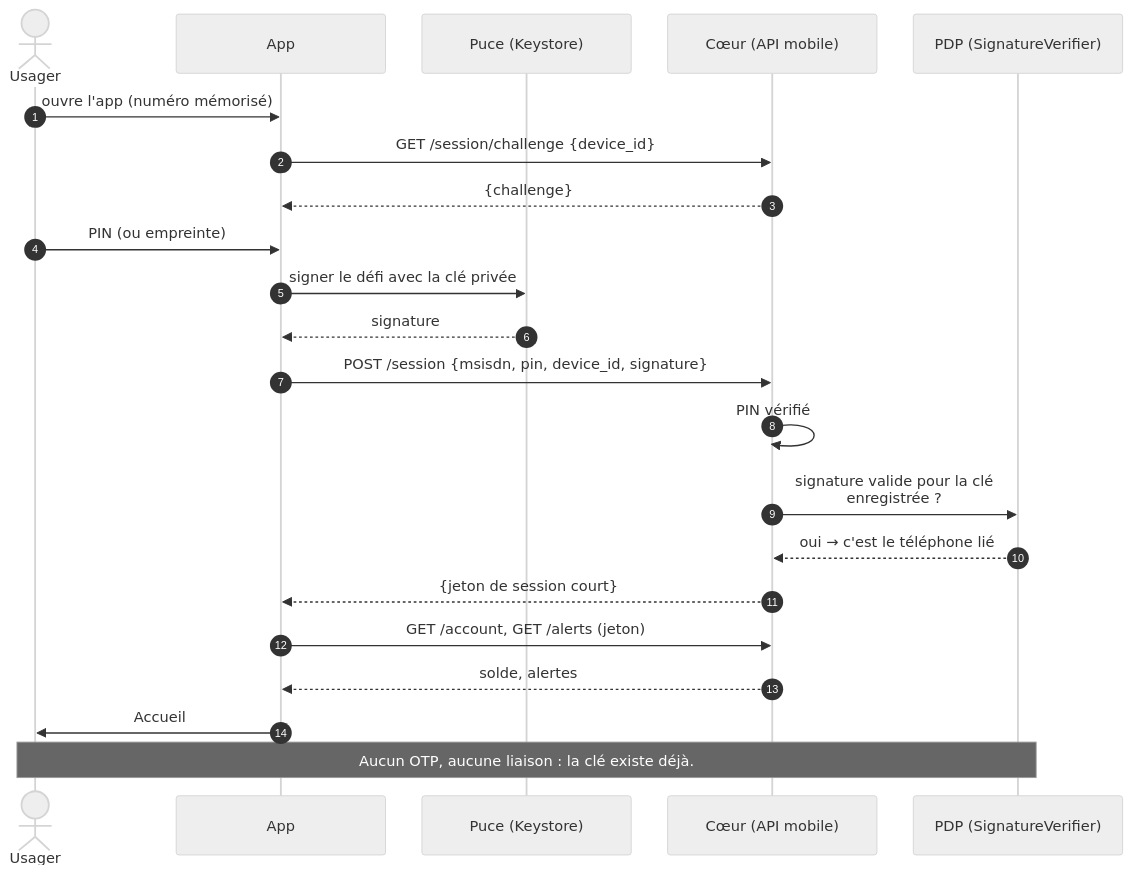
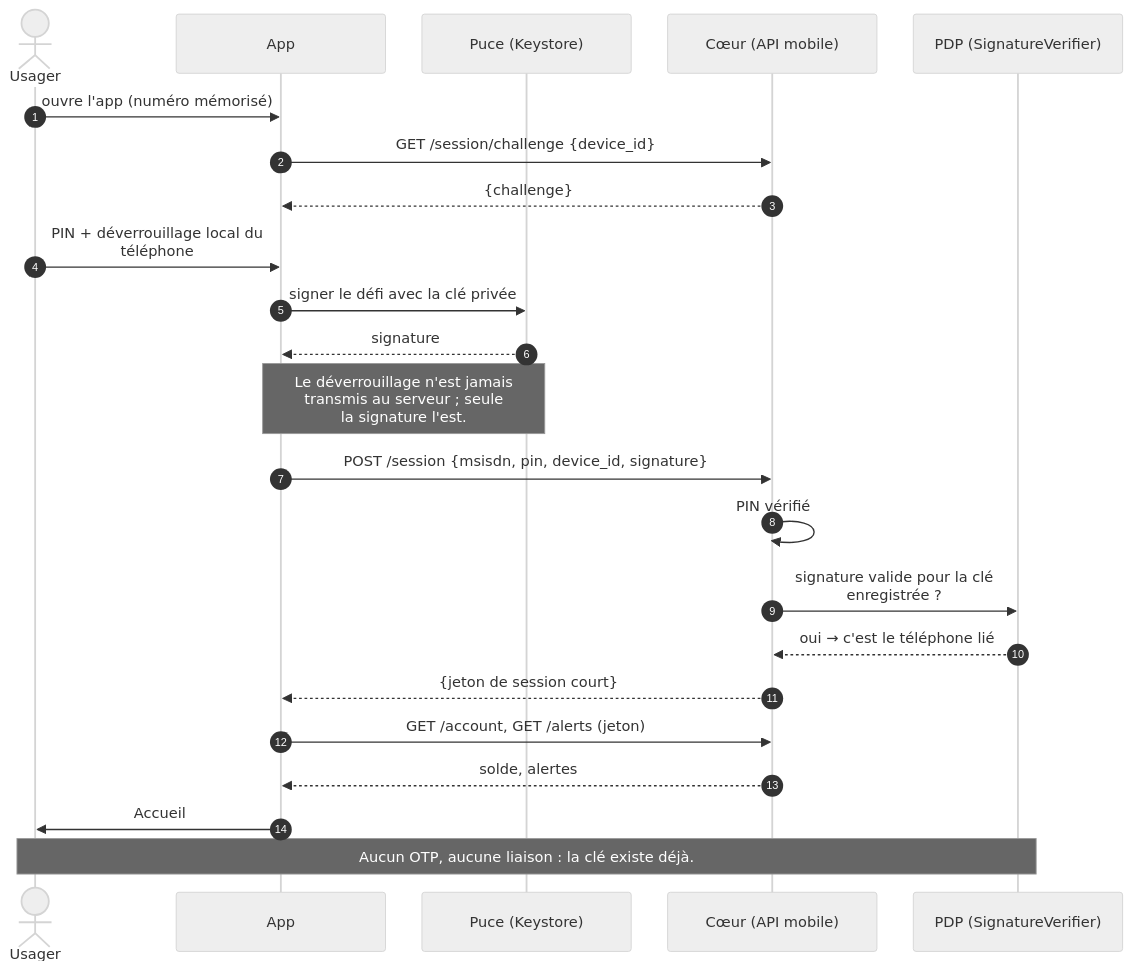
One commit to kateyvana/Identishield-CM changed the diagram in docs/02-specifications/mobile/diagrams/D2_quotidien.mmd. Above: the diagram before and after it, drawn with Mermaid. The commit also changed 12 other files, not shown here.

First line of the commit message:
docs(mobile): MOB-VOCAB — « empreinte » remplacé ; la biométrie n'est pas un facteur

```diff
--- a/docs/02-specifications/mobile/diagrams/D2_quotidien.mmd
+++ b/docs/02-specifications/mobile/diagrams/D2_quotidien.mmd
@@ -1,23 +1,24 @@
 %%{init: {'theme':'neutral','sequence':{'wrap':true,'width':230,'messageFontSize':17,'actorFontSize':17,'noteFontSize':16,'actorMargin':40,'messageMargin':30}}}%%
 sequenceDiagram
     autonumber
     actor U as Usager
     participant A as App
     participant K as Puce (Keystore)
     participant S as Cœur (API mobile)
     participant P as PDP (SignatureVerifier)
     U->>A: ouvre l'app (numéro mémorisé)
     A->>S: GET /session/challenge {device_id}
     S-->>A: {challenge}
-    U->>A: PIN (ou empreinte)
+    U->>A: PIN + déverrouillage local du téléphone
     A->>K: signer le défi avec la clé privée
     K-->>A: signature
+    Note over A,K: Le déverrouillage n'est jamais transmis au serveur #59; seule la signature l'est.
     A->>S: POST /session {msisdn, pin, device_id, signature}
     S->>S: PIN vérifié
     S->>P: signature valide pour la clé enregistrée ?
     P-->>S: oui → c'est le téléphone lié
     S-->>A: {jeton de session court}
     A->>S: GET /account, GET /alerts (jeton)
     S-->>A: solde, alertes
     A->>U: Accueil
     Note over U,P: Aucun OTP, aucune liaison : la clé existe déjà.
```
